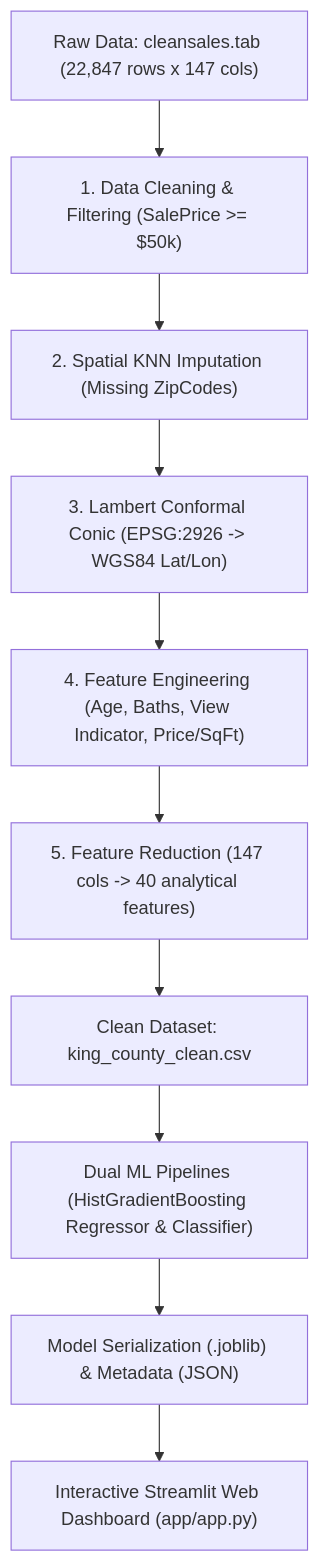
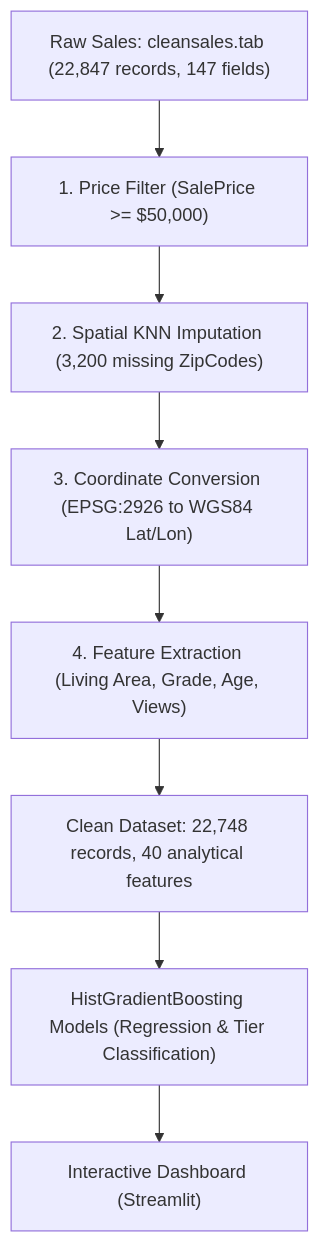
Before and after one commit to ramadhan-imanur/kingcounty-avm-realestate: the diagram in README.md, drawn with Mermaid. The commit also changed other lines of this file and 11 other files, not shown here.

````diff
--- a/README.md
+++ b/README.md
@@ -44,12 +90,10 @@
 ```mermaid
 flowchart TD
-    A["Raw Data: cleansales.tab (22,847 rows x 147 cols)"] --> B["1. Data Cleaning & Filtering (SalePrice >= $50k)"]
-    B --> C["2. Spatial KNN Imputation (Missing ZipCodes)"]
-    C --> D["3. Lambert Conformal Conic (EPSG:2926 -> WGS84 Lat/Lon)"]
-    D --> E["4. Feature Engineering (Age, Baths, View Indicator, Price/SqFt)"]
-    E --> F["5. Feature Reduction (147 cols -> 40 analytical features)"]
-    F --> G["Clean Dataset: king_county_clean.csv"]
-    G --> H["Dual ML Pipelines (HistGradientBoosting Regressor & Classifier)"]
-    H --> I["Model Serialization (.joblib) & Metadata (JSON)"]
-    I --> J["Interactive Streamlit Web Dashboard (app/app.py)"]
+    A["Raw Sales: cleansales.tab (22,847 records, 147 fields)"] --> B["1. Price Filter (SalePrice >= $50,000)"]
+    B --> C["2. Spatial KNN Imputation (3,200 missing ZipCodes)"]
+    C --> D["3. Coordinate Conversion (EPSG:2926 to WGS84 Lat/Lon)"]
+    D --> E["4. Feature Extraction (Living Area, Grade, Age, Views)"]
+    E --> F["Clean Dataset: 22,748 records, 40 analytical features"]
+    F --> G["HistGradientBoosting Models (Regression & Tier Classification)"]
+    G --> H["Interactive Dashboard (Streamlit)"]
 ```
````
